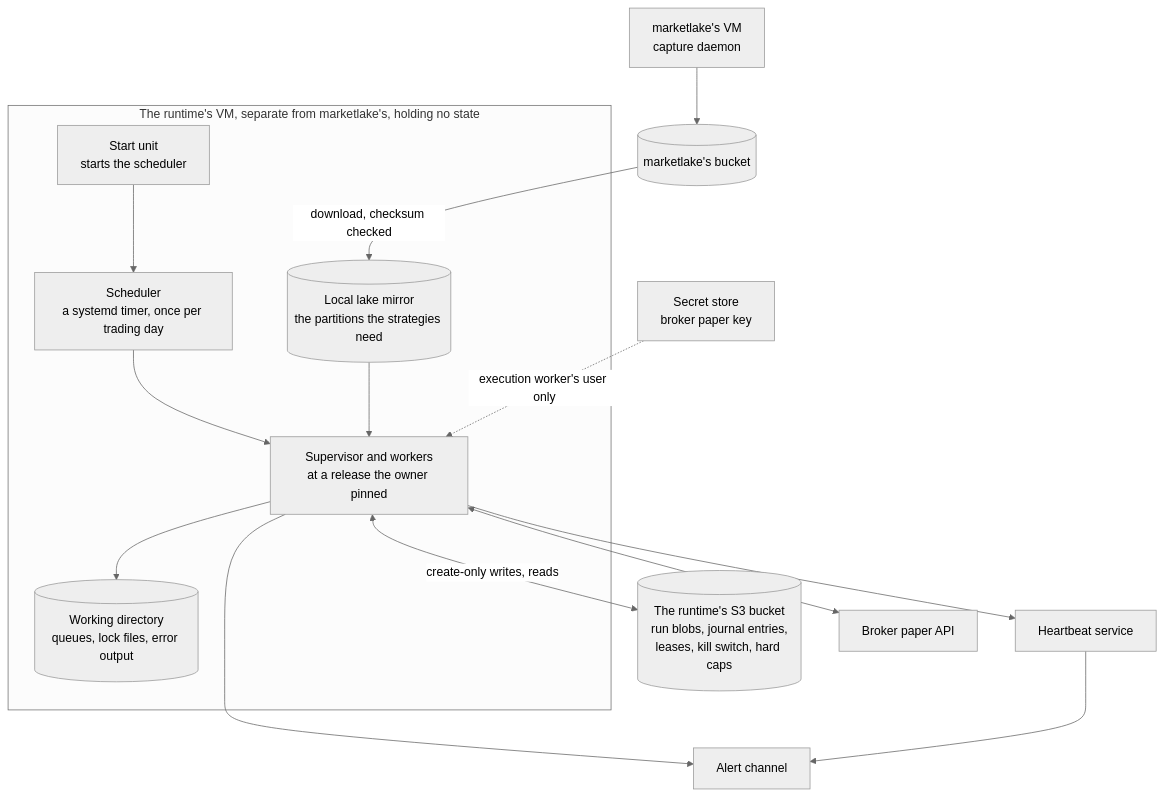
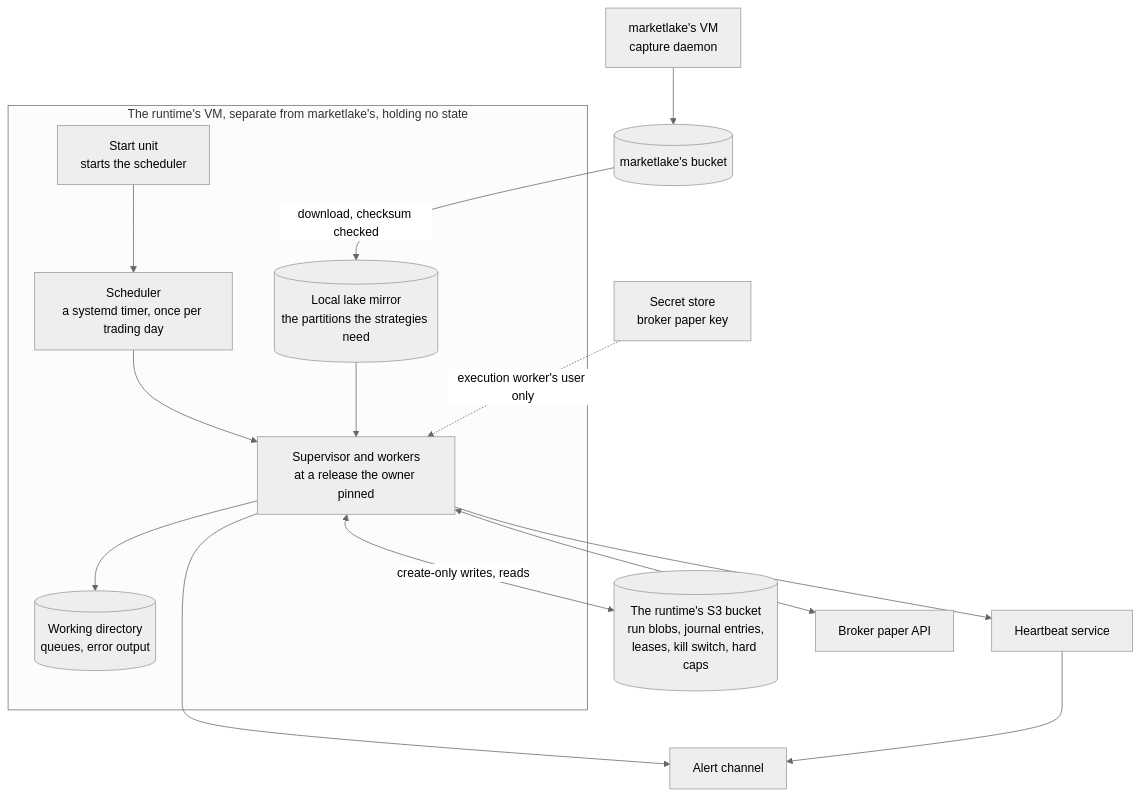
One commit to l3a0/ithildin-runtime changed diagram 15 of 16 in docs/architecture.md. Above: the diagram before and after it, drawn with Mermaid (neutral theme). The commit also changed other lines of this file and 1 other file, not shown here.

````diff
--- a/docs/architecture.md
+++ b/docs/architecture.md
@@ -1657,29 +1655,29 @@
 ```mermaid
 flowchart TB
     subgraph host["The runtime's VM, separate from marketlake's, holding no state"]
         start["Start unit<br/>starts the scheduler"]
         timer["Scheduler<br/>a systemd timer, once per trading day"]
         run["Supervisor and workers<br/>at a release the owner pinned"]
-        work[("Working directory<br/>queues, lock files, error output")]
+        work[("Working directory<br/>queues, error output")]
         mirror[("Local lake mirror<br/>the partitions the strategies need")]
         start --> timer --> run
         run --> work
         mirror --> run
     end
     mlvm["marketlake's VM<br/>capture daemon"]
     lake[("marketlake's bucket")]
     bucket[("The runtime's S3 bucket<br/>run blobs, journal entries,<br/>leases, kill switch, hard caps")]
     secrets["Secret store<br/>broker paper key"]
     broker["Broker paper API"]
     beat["Heartbeat service"]
     alerts["Alert channel"]
 
     mlvm --> lake
     lake -->|"download, checksum checked"| mirror
     run <-->|"create-only writes, reads"| bucket
     secrets -. "execution worker's user only" .-> run
     run <--> broker
     run --> beat
     run --> alerts
     beat --> alerts
 ```
````
